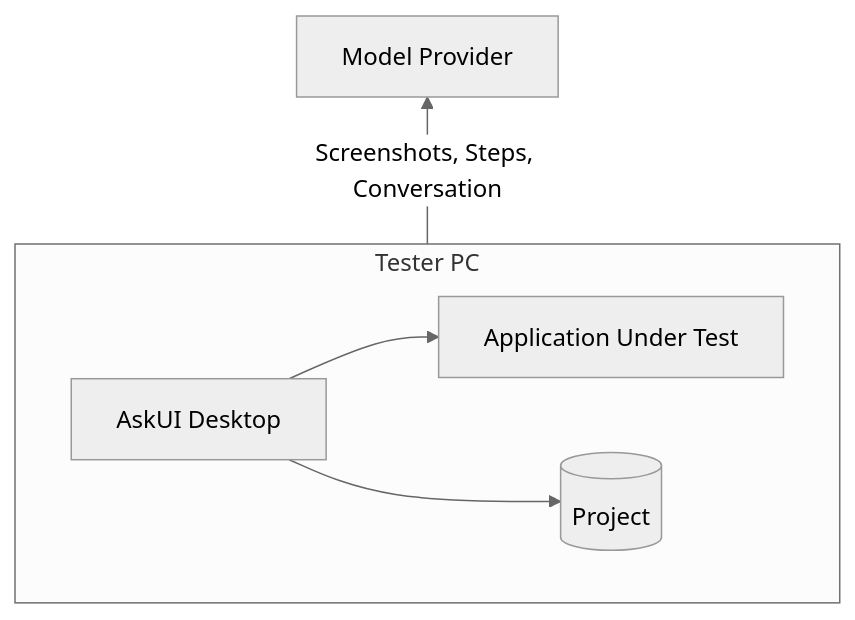
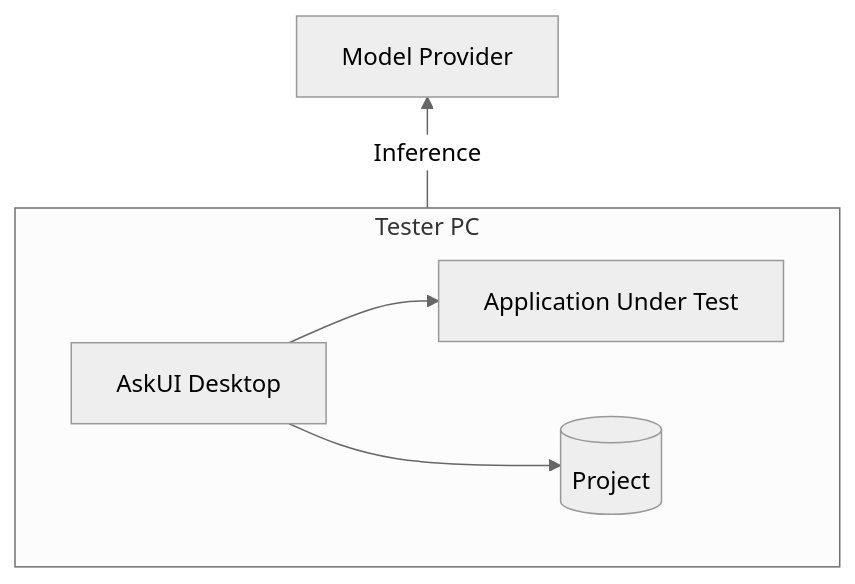
One commit to askui/docs-rewrite changed the first of 2 diagrams in content/docs/concepts/enterprise-fit.mdx. Above: the diagram before and after it, drawn with Mermaid (neutral theme). The commit also changed other lines of this file, not shown here.

````diff
--- a/content/docs/concepts/enterprise-fit.mdx
+++ b/content/docs/concepts/enterprise-fit.mdx
@@ -20,12 +31,12 @@
 ```mermaid
 flowchart BT
   subgraph pc["Tester PC"]
     direction LR
     D["AskUI Desktop"]
     A["Application Under Test"]
     F[("Project")]
     D --> A
     D --> F
   end
-  pc -->|"Screenshots, Steps, Conversation"| M["Model Provider"]
+  pc -->|"Inference"| M["Model Provider"]
 ```
````
